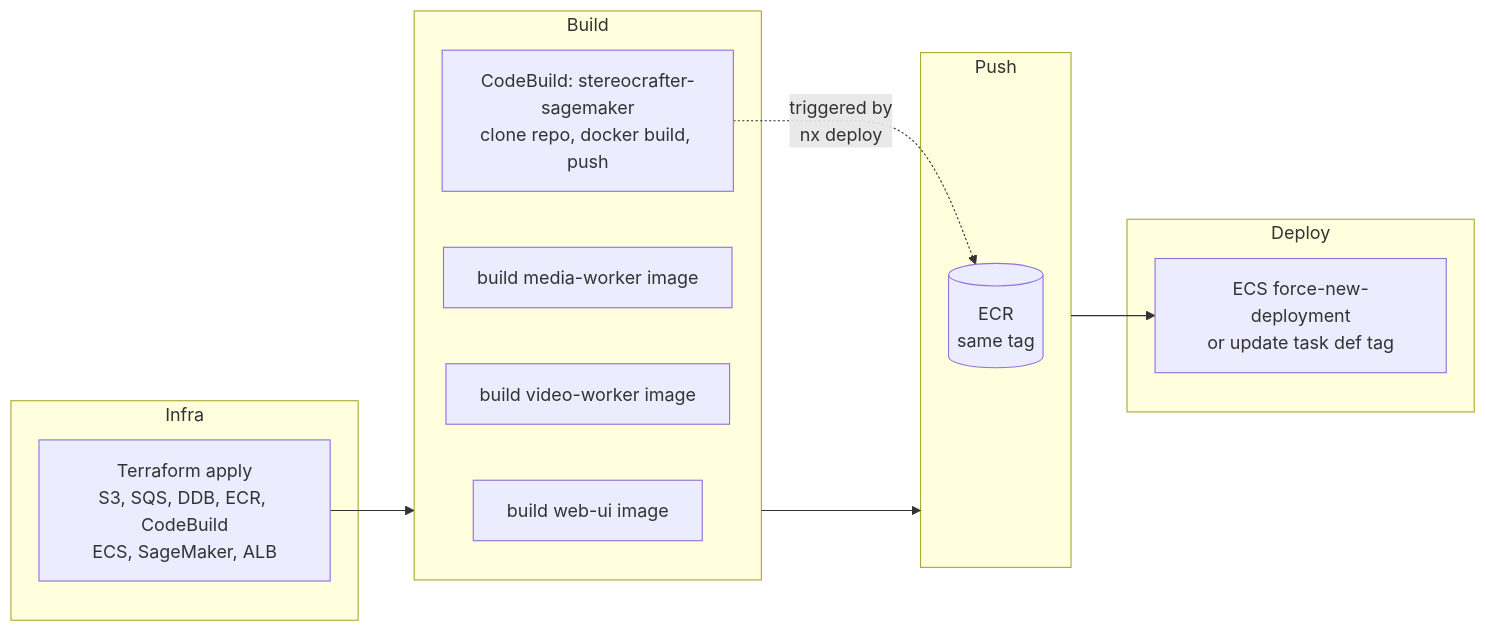
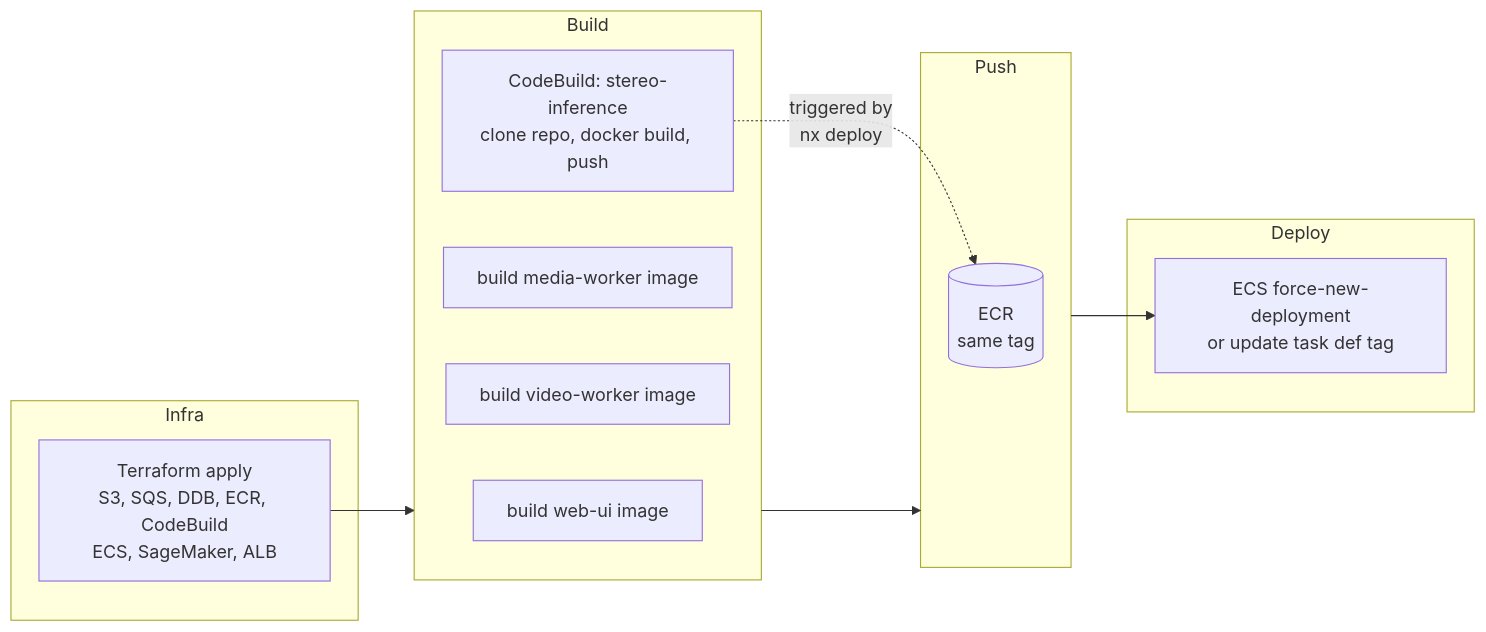
The seventh of 7 diagrams in ARCHITECTURE.md (alexpialetski/stereo-spot), drawn with Mermaid before and after one commit. The commit also changed other lines of this file and 9 other files, not shown here.

````diff
--- a/ARCHITECTURE.md
+++ b/ARCHITECTURE.md
@@ -297,23 +297,23 @@
 ```mermaid
 flowchart LR
     subgraph Infra["Infra"]
         Tf[Terraform apply\nS3, SQS, DDB, ECR, CodeBuild\nECS, SageMaker, ALB]
     end
     subgraph Build["Build"]
         B1[build web-ui image]
         B2[build media-worker image]
         B3[build video-worker image]
-        CB[CodeBuild: stereocrafter-sagemaker\nclone repo, docker build, push]
+        CB[CodeBuild: stereo-inference\nclone repo, docker build, push]
     end
     subgraph Push["Push"]
         ECR[(ECR\nsame tag)]
     end
     subgraph Deploy["Deploy"]
         Update[ECS force-new-deployment\nor update task def tag]
     end
 
     Tf --> Build
     Build --> Push
     Push --> Update
     CB -.->|triggered by\nnx deploy| ECR
 ```
````
